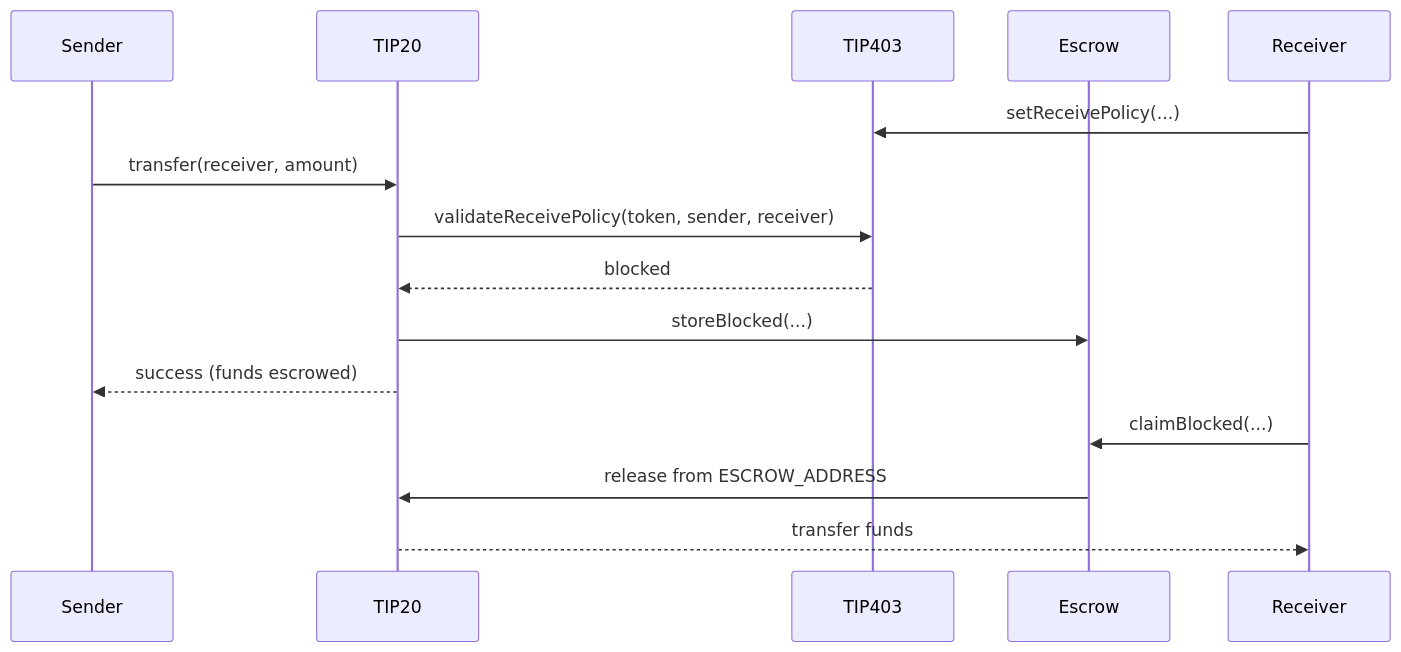
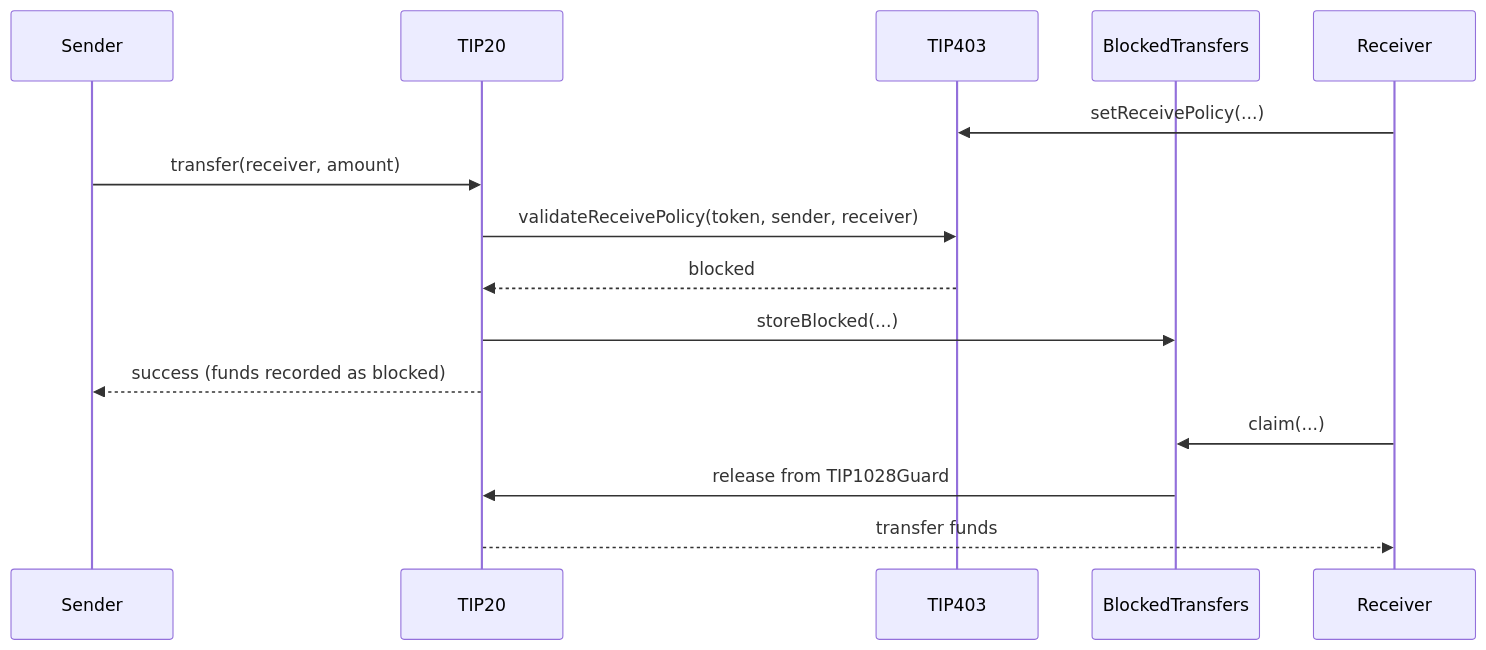
The first of 2 diagrams in tips/tip-1028.md (tempoxyz/tempo), drawn with Mermaid before and after one commit. The commit also changed other lines of this file, not shown here.

First line of the commit message:
docs(tip-1028): rename for clarity (#3972)

````diff
--- a/tips/tip-1028.md
+++ b/tips/tip-1028.md
@@ -52,19 +54,19 @@
 ```mermaid
 sequenceDiagram
     participant Sender
     participant TIP20
     participant TIP403
-    participant Escrow
+    participant BlockedTransfers
     participant Receiver
 
     Receiver->>TIP403: setReceivePolicy(...)
     Sender->>TIP20: transfer(receiver, amount)
     TIP20->>TIP403: validateReceivePolicy(token, sender, receiver)
     TIP403-->>TIP20: blocked
-    TIP20->>Escrow: storeBlocked(...)
-    TIP20-->>Sender: success (funds escrowed)
+    TIP20->>BlockedTransfers: storeBlocked(...)
+    TIP20-->>Sender: success (funds recorded as blocked)
 
-    Receiver->>Escrow: claimBlocked(...)
-    Escrow->>TIP20: release from ESCROW_ADDRESS
+    Receiver->>BlockedTransfers: claim(...)
+    BlockedTransfers->>TIP20: release from TIP1028Guard
     TIP20-->>Receiver: transfer funds
 ```
````
